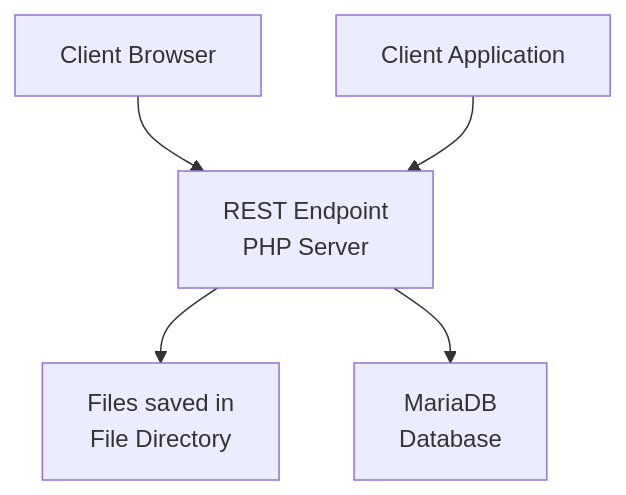
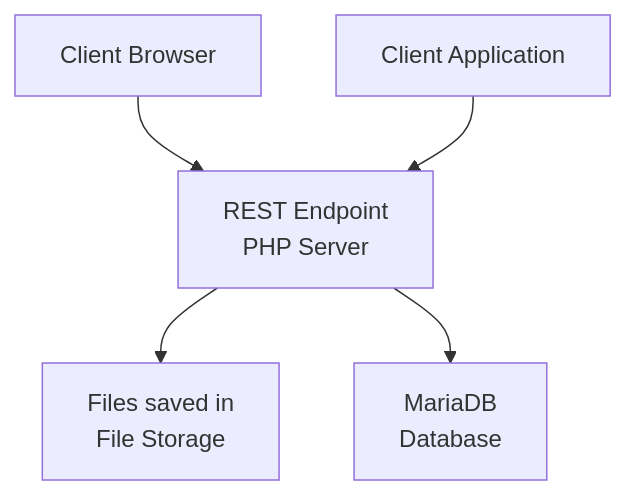
One commit to LeosDisciple/websnippets changed the diagram in specs/architecture.md. Above: the diagram before and after it, drawn with Mermaid. The commit also changed other lines of this file, not shown here.

````diff
--- a/specs/architecture.md
+++ b/specs/architecture.md
@@ -2,7 +2,7 @@
 ```mermaid
 graph TD
     A1[Client Browser] --> C[REST Endpoint\nPHP Server]
     A2[Client Application] --> C
-    C --> D[Files saved in \n File Directory]
+    C --> D[Files saved in \n File Storage]
     C --> E[MariaDB \n Database]
 ```
````
